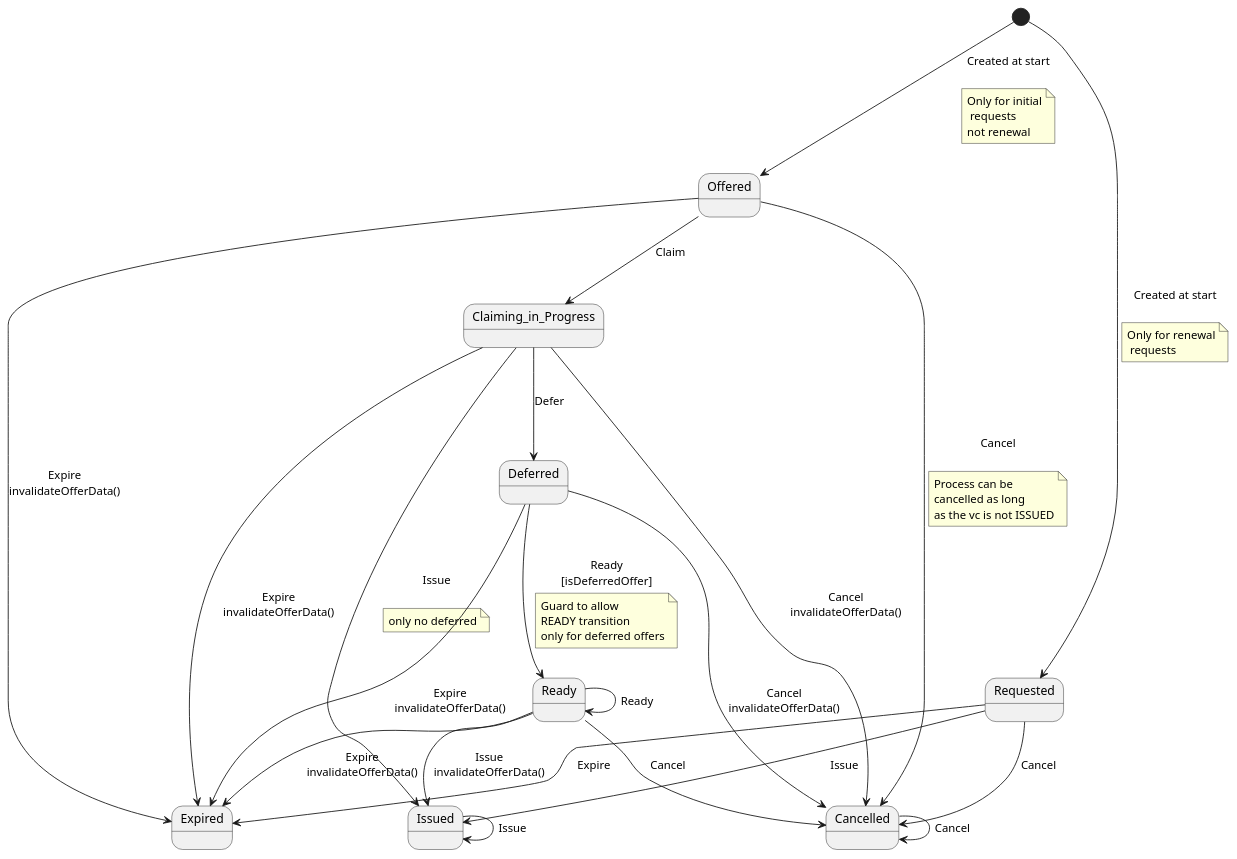
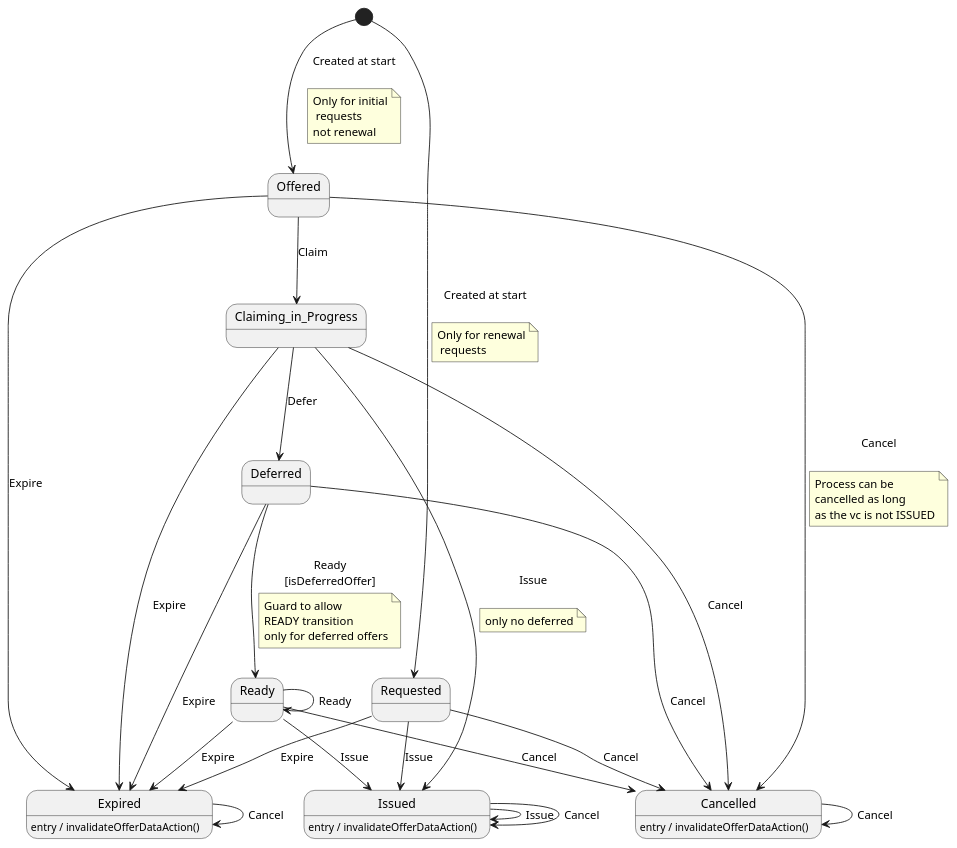
One commit to swiyu-admin-ch/swiyu-issuer changed the diagram in issuer-service/src/main/resources/plantuml/credentialOfferStateMachine.puml. Above: the diagram before and after it, drawn with PlantUML. The commit also changed 10 other files, not shown here.

```diff
--- a/issuer-service/src/main/resources/plantuml/credentialOfferStateMachine.puml
+++ b/issuer-service/src/main/resources/plantuml/credentialOfferStateMachine.puml
@@ -1,58 +1,60 @@
 @startuml
+state Cancelled  :entry / invalidateOfferDataAction()
+state Claiming_in_Progress
+state Deferred
+state Expired  :entry / invalidateOfferDataAction()
+state Issued  :entry / invalidateOfferDataAction()
+state Offered
 state Ready
-state Issued
-state Cancelled
-state Expired
-state Claiming_in_Progress
-state Offered
 state Requested
-state Deferred
 [*] --> Offered : Created at start\n
 note on link
 Only for initial
  requests
 not renewal
 end note
 
 [*] --> Requested : Created at start\n
 note on link
 Only for renewal
  requests
 end note
 
 Requested --> Issued : Issue
 Requested --> Cancelled : Cancel
 Requested --> Expired : Expire
 Offered --> Cancelled : Cancel\n
 note on link
 Process can be
 cancelled as long
 as the vc is not ISSUED
 end note
 
-Offered --> Expired : Expire\ninvalidateOfferData()
+Offered --> Expired : Expire
 Offered --> Claiming_in_Progress : Claim
-Claiming_in_Progress --> Expired : Expire\ninvalidateOfferData()
+Claiming_in_Progress --> Expired : Expire
 Claiming_in_Progress --> Deferred : Defer
 Claiming_in_Progress --> Issued : Issue\n
 note on link
 only no deferred
 end note
 
-Claiming_in_Progress --> Cancelled : Cancel\ninvalidateOfferData()
+Claiming_in_Progress --> Cancelled : Cancel
 Deferred --> Ready : Ready\n[isDeferredOffer]
 note on link
 Guard to allow
 READY transition
 only for deferred offers
 end note
 
-Deferred --> Expired : Expire\ninvalidateOfferData()
-Deferred --> Cancelled : Cancel\ninvalidateOfferData()
-Ready --> Issued : Issue\ninvalidateOfferData()
-Ready --> Expired : Expire\ninvalidateOfferData()
+Deferred --> Expired : Expire
+Deferred --> Cancelled : Cancel
+Ready --> Issued : Issue
+Ready --> Expired : Expire
 Ready --> Cancelled : Cancel
 Ready --> Ready : Ready
 Issued --> Issued : Issue
+Issued --> Issued : Cancel
 Cancelled --> Cancelled : Cancel
+Expired --> Expired : Cancel
 @enduml
```
